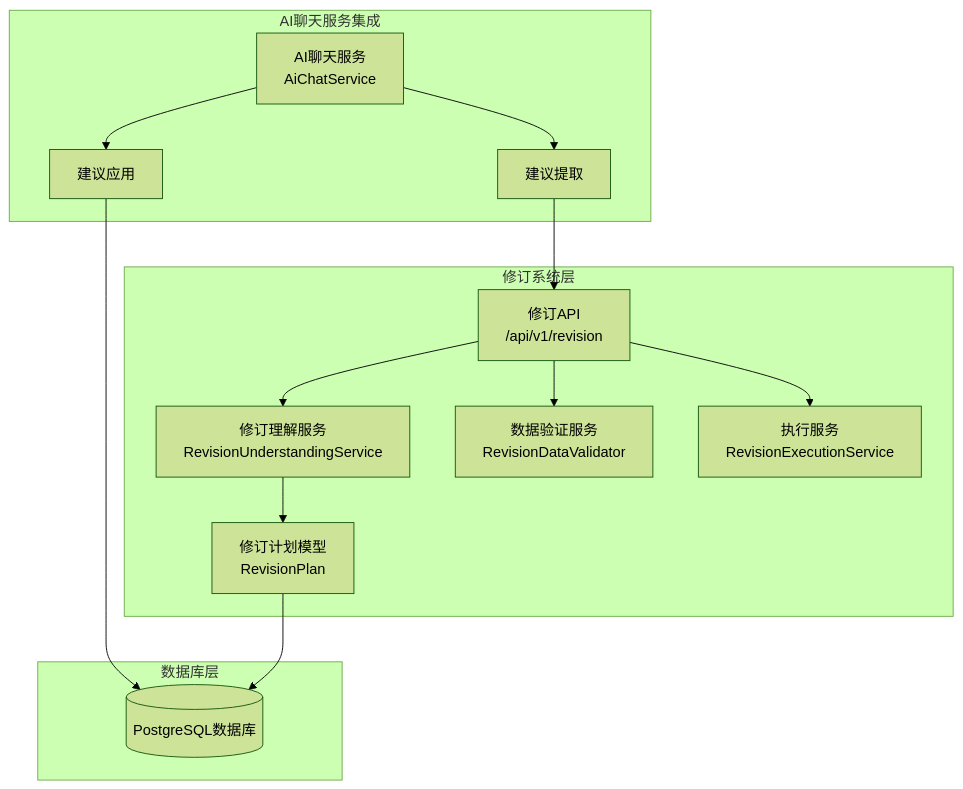
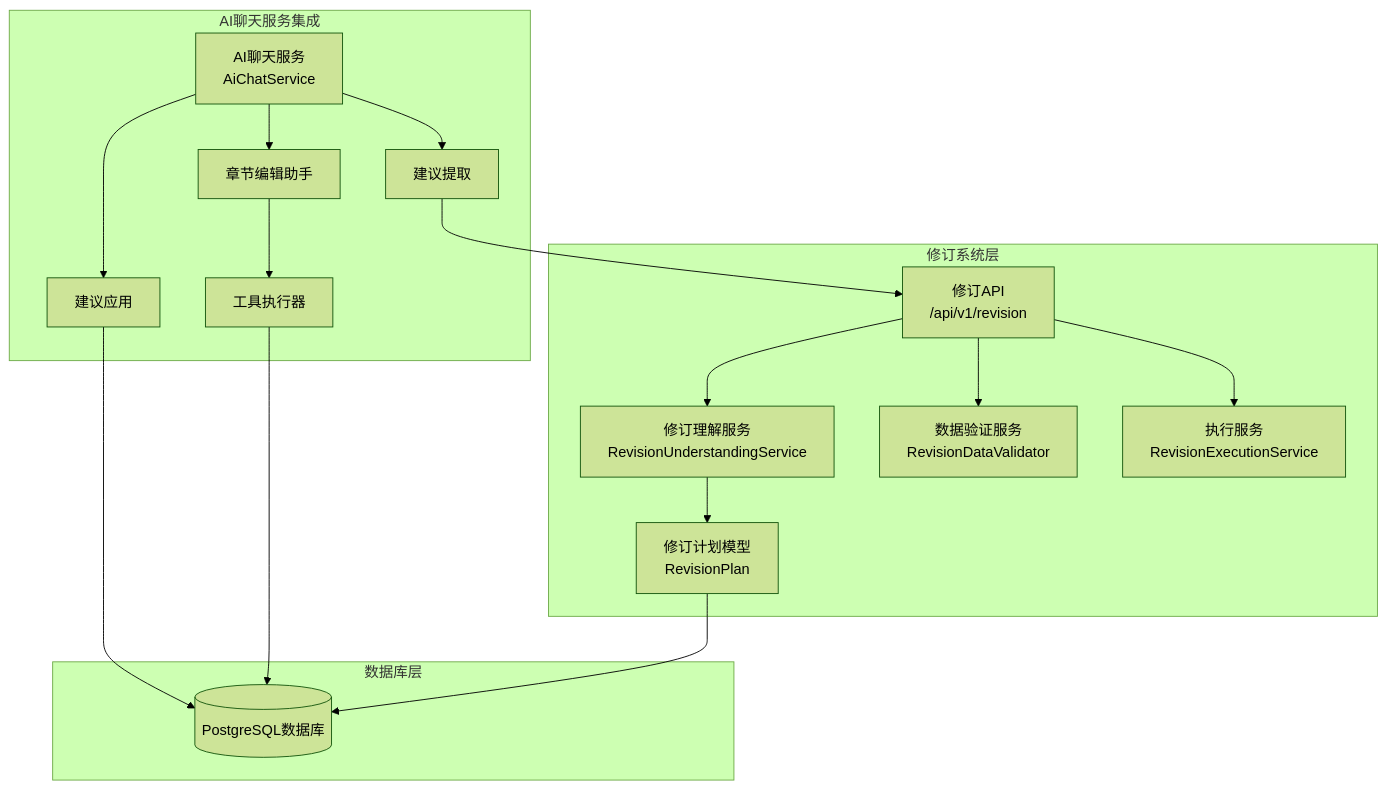
One commit to xfbyxq/ai-novel-system changed diagram 25 of 36 in .qoder/repowiki/zh/content/Ai Chat Service.md. Above: the diagram before and after it, drawn with Mermaid (forest theme). The commit also changed other lines of this file and 13 other files, not shown here.

````diff
--- a/.qoder/repowiki/zh/content/Ai Chat Service.md
+++ b/.qoder/repowiki/zh/content/Ai Chat Service.md
@@ -753,27 +1165,32 @@
 ```mermaid
 graph TB
 subgraph "修订系统层"
 RevisionAPI[修订API<br/>/api/v1/revision]
 Understanding[修订理解服务<br/>RevisionUnderstandingService]
 Validator[数据验证服务<br/>RevisionDataValidator]
 Executor[执行服务<br/>RevisionExecutionService]
 Plan[修订计划模型<br/>RevisionPlan]
 end
 subgraph "AI聊天服务集成"
 AiChat[AI聊天服务<br/>AiChatService]
 SuggestionExtraction[建议提取]
 SuggestionApplication[建议应用]
+ChapterAssistant[章节编辑助手]
+ToolExecutor[工具执行器]
 end
 subgraph "数据库层"
 DB[(PostgreSQL数据库)]
 end
 RevisionAPI --> Understanding
 RevisionAPI --> Validator
 RevisionAPI --> Executor
 Understanding --> Plan
 AiChat --> SuggestionExtraction
 AiChat --> SuggestionApplication
+AiChat --> ChapterAssistant
+ChapterAssistant --> ToolExecutor
 SuggestionExtraction --> RevisionAPI
 SuggestionApplication --> DB
+ToolExecutor --> DB
 Plan --> DB
 ```
````
